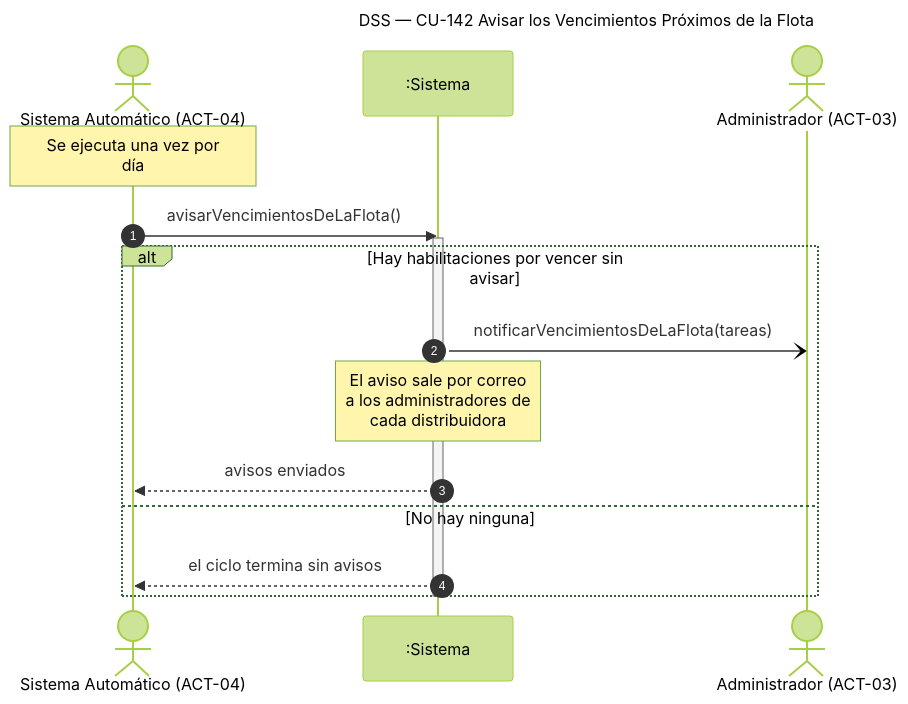
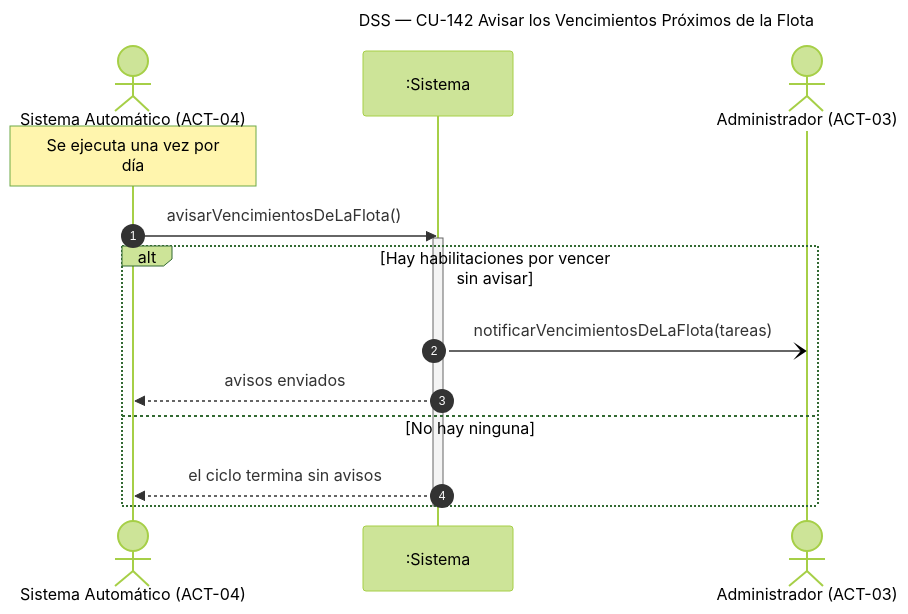
The diagram in diagramas/DSS_CU-142_Avisar-los-Vencimientos-Proximos-de-la-Flota.mmd (Nahuelito-Dev/splg-docs), drawn with Mermaid (forest theme) before and after one commit. The commit also changed 1025 other files, not shown here.

```diff
--- a/diagramas/DSS_CU-142_Avisar-los-Vencimientos-Proximos-de-la-Flota.mmd
+++ b/diagramas/DSS_CU-142_Avisar-los-Vencimientos-Proximos-de-la-Flota.mmd
@@ -1,18 +1,17 @@
 sequenceDiagram
     title DSS — CU-142 Avisar los Vencimientos Próximos de la Flota
     autonumber
     actor SAU as Sistema Automático (ACT-04)
     participant SIS as :Sistema
     actor ADM as Administrador (ACT-03)
 
     Note over SAU: Se ejecuta una vez por<br/>día
     SAU->>SIS: avisarVencimientosDeLaFlota()
     activate SIS
     alt Hay habilitaciones por vencer sin avisar
         SIS-)ADM: notificarVencimientosDeLaFlota(tareas)
-        Note over SIS: El aviso sale por correo<br/>a los administradores de<br/>cada distribuidora
         SIS-->>SAU: avisos enviados
     else No hay ninguna
         SIS-->>SAU: el ciclo termina sin avisos
     end
     deactivate SIS
```
